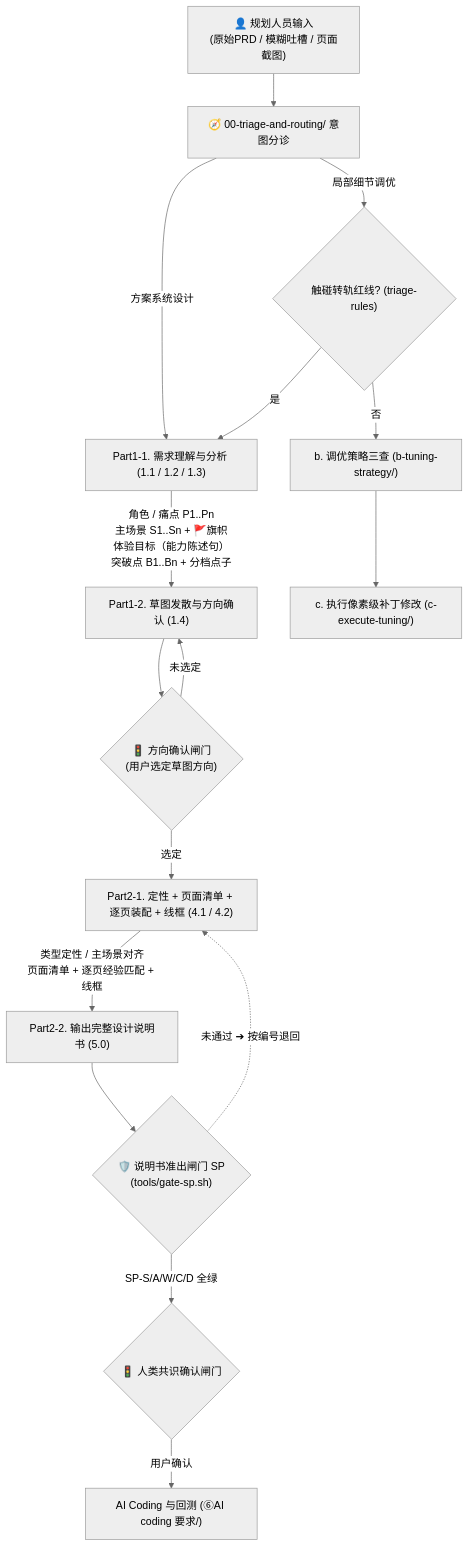
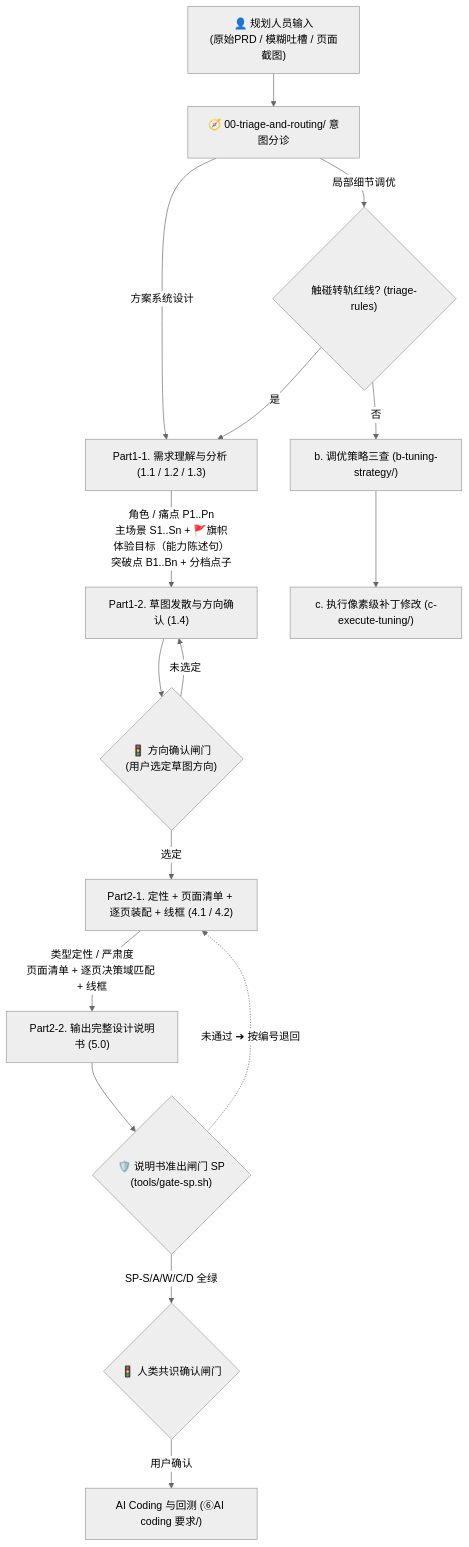
The first of 2 diagrams in 04-workflows-and-cases/execution-sop.md (wangjue2026/skill-designer-prism), drawn with Mermaid (neutral theme) before and after one commit. The commit also changed other lines of this file and 20 other files, not shown here.

````diff
--- a/04-workflows-and-cases/execution-sop.md
+++ b/04-workflows-and-cases/execution-sop.md
@@ -17,20 +17,20 @@
 ```mermaid
 graph TD
     Start["👤 规划人员输入<br>(原始PRD / 模糊吐槽 / 页面截图)"] --> Triage["🧭 00-triage-and-routing/ 意图分诊"]
 
     Triage -->|"方案系统设计"| S1["Part1-1. 需求理解与分析 (1.1 / 1.2 / 1.3)"]
     S1 -->|"角色 / 痛点 P1..Pn<br>主场景 S1..Sn + 🚩旗帜<br>体验目标（能力陈述句）<br>突破点 B1..Bn + 分档点子"| S15["Part1-2. 草图发散与方向确认 (1.4)"]
     S15 --> Gate1{"🚦 方向确认闸门<br>(用户选定草图方向)"}
     Gate1 -->|"未选定"| S15
     Gate1 -->|"选定"| S3["Part2-1. 定性 + 页面清单 + 逐页装配 + 线框 (4.1 / 4.2)"]
-    S3 -->|"类型定性 / 主场景对齐<br>页面清单 + 逐页经验匹配 + 线框"| S4["Part2-2. 输出完整设计说明书 (5.0)"]
+    S3 -->|"类型定性 / 严肃度<br>页面清单 + 逐页决策域匹配 + 线框"| S4["Part2-2. 输出完整设计说明书 (5.0)"]
     S4 --> Check{"🛡️ 说明书准出闸门 SP<br>(tools/gate-sp.sh)"}
     Check -->|"SP-S/A/W/C/D 全绿"| Gate{"🚦 人类共识确认闸门"}
     Check -.->|"未通过 ➔ 按编号退回"| S3
     Gate -->|"用户确认"| S5["AI Coding 与回测 (⑥AI coding 要求/)"]
 
     Triage -->|"局部细节调优"| Redline{"触碰转轨红线? (triage-rules)"}
     Redline -->|"是"| S1
     Redline -->|"否"| M2["b. 调优策略三查 (b-tuning-strategy/)"]
     M2 --> M3["c. 执行像素级补丁修改 (c-execute-tuning/)"]
 ```
````
